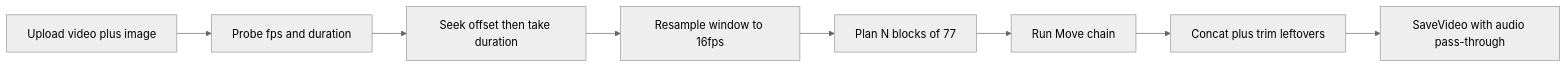
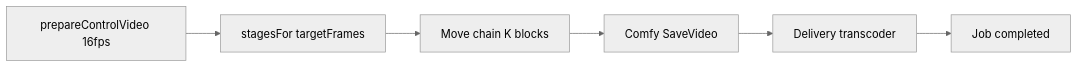
Before and after one commit to crosshj/parascene-provider-local: the diagram in server/workflows/video2video/wan_animate_2_move.plan.md, drawn with Mermaid (neutral theme). The commit also changed other lines of this file and 21 other files, not shown here.

First line of the commit message:
Add v2v media normalize, delivery transcode, and Wan Animate Move.

````diff
--- a/server/workflows/video2video/wan_animate_2_move.plan.md
+++ b/server/workflows/video2video/wan_animate_2_move.plan.md
@@ -39,12 +34,10 @@
 ```mermaid
 flowchart LR
-  upload[Upload video plus image]
-  probe[Probe fps and duration]
-  window[Seek offset then take duration]
-  resample[Resample window to 16fps]
-  plan[Plan N blocks of 77]
-  run[Run Move chain]
-  stitch[Concat plus trim leftovers]
-  out[SaveVideo with audio pass-through]
-  upload --> probe --> window --> resample --> plan --> run --> stitch --> out
+  prep[prepareControlVideo 16fps]
+  plan[stagesFor targetFrames]
+  run[Move chain K blocks]
+  comfy[Comfy SaveVideo]
+  xcode[Delivery transcoder]
+  done[Job completed]
+  prep --> plan --> run --> comfy --> xcode --> done
 ```
````
